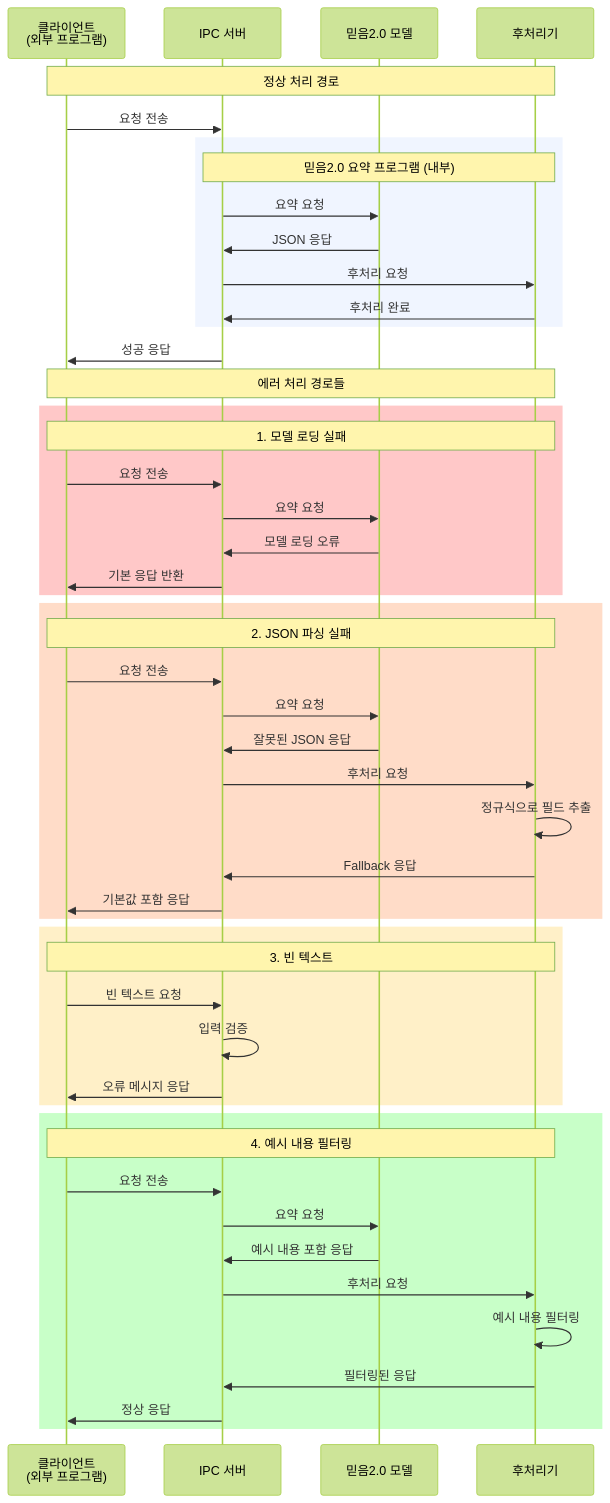
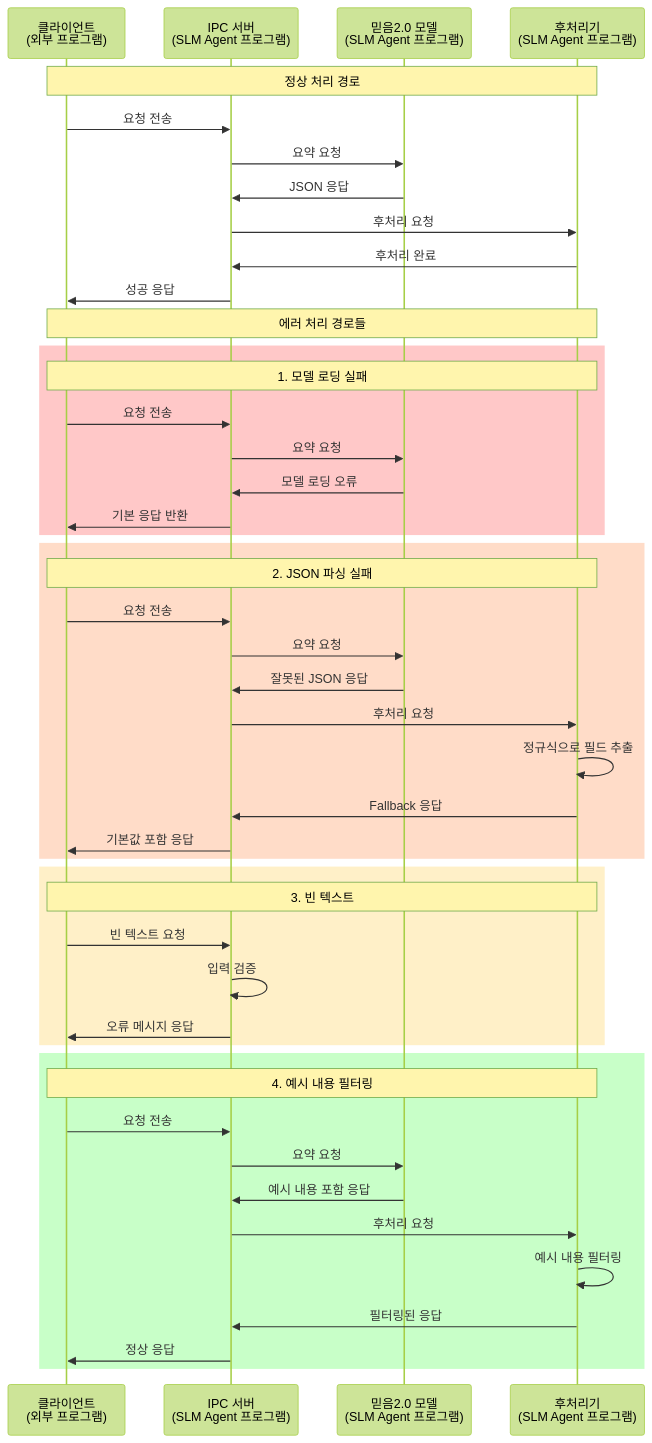
One commit to hak023/gemma-summarizer-poc changed the third of 5 diagrams in sequence_diagram.md. Above: the diagram before and after it, drawn with Mermaid (forest theme). The commit also changed other lines of this file and 4 other files, not shown here.

First line of the commit message:
가독성 개선: rect 구문 제거 및 SLM Agent 프로그램 표기 적용

````diff
--- a/sequence_diagram.md
+++ b/sequence_diagram.md
@@ -115,57 +107,53 @@
 ```mermaid
 sequenceDiagram
     participant Client as 클라이언트<br/>(외부 프로그램)
-    
-    participant IPC as IPC 서버
-    participant Gemma as 믿음2.0 모델
-    participant Postprocessor as 후처리기
+    participant IPC as IPC 서버<br/>(SLM Agent 프로그램)
+    participant Gemma as 믿음2.0 모델<br/>(SLM Agent 프로그램)
+    participant Postprocessor as 후처리기<br/>(SLM Agent 프로그램)
 
     Note over Client,Postprocessor: 정상 처리 경로
     Client->>IPC: 요청 전송
-    rect rgb(240, 245, 255)
-        Note over IPC,Postprocessor: 믿음2.0 요약 프로그램 (내부)
-        IPC->>Gemma: 요약 요청
-        Gemma->>IPC: JSON 응답
-        IPC->>Postprocessor: 후처리 요청
-        Postprocessor->>IPC: 후처리 완료
-    end
+    IPC->>Gemma: 요약 요청
+    Gemma->>IPC: JSON 응답
+    IPC->>Postprocessor: 후처리 요청
+    Postprocessor->>IPC: 후처리 완료
     IPC->>Client: 성공 응답
 
     Note over Client,Postprocessor: 에러 처리 경로들
     rect rgb(255, 200, 200)
         Note over Client,Postprocessor: 1. 모델 로딩 실패
         Client->>IPC: 요청 전송
         IPC->>Gemma: 요약 요청
         Gemma->>IPC: 모델 로딩 오류
         IPC->>Client: 기본 응답 반환
     end
 
     rect rgb(255, 220, 200)
         Note over Client,Postprocessor: 2. JSON 파싱 실패
         Client->>IPC: 요청 전송
         IPC->>Gemma: 요약 요청
         Gemma->>IPC: 잘못된 JSON 응답
         IPC->>Postprocessor: 후처리 요청
         Postprocessor->>Postprocessor: 정규식으로 필드 추출
         Postprocessor->>IPC: Fallback 응답
         IPC->>Client: 기본값 포함 응답
     end
 
     rect rgb(255, 240, 200)
         Note over Client,Postprocessor: 3. 빈 텍스트
         Client->>IPC: 빈 텍스트 요청
         IPC->>IPC: 입력 검증
         IPC->>Client: 오류 메시지 응답
     end
 
     rect rgb(200, 255, 200)
         Note over Client,Postprocessor: 4. 예시 내용 필터링
         Client->>IPC: 요청 전송
         IPC->>Gemma: 요약 요청
         Gemma->>IPC: 예시 내용 포함 응답
         IPC->>Postprocessor: 후처리 요청
         Postprocessor->>Postprocessor: 예시 내용 필터링
         Postprocessor->>IPC: 필터링된 응답
         IPC->>Client: 정상 응답
     end
 ```
````
